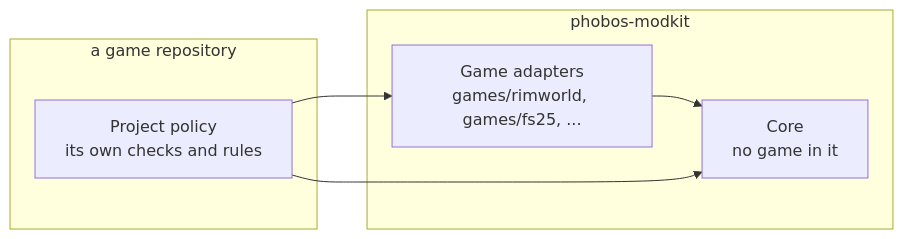
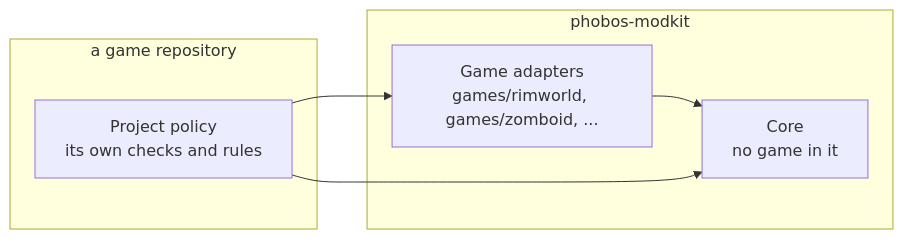
Before and after one commit to phobos-dthorga/phobos-modkit: the diagram in docs/project-direction.md, drawn with Mermaid. The commit also changed other lines of this file and 5 other files, not shown here.

````diff
--- a/docs/project-direction.md
+++ b/docs/project-direction.md
@@ -14,13 +14,13 @@
 ```mermaid
 flowchart LR
     subgraph modkit["phobos-modkit"]
         core["Core<br/>no game in it"]
-        adapters["Game adapters<br/>games/rimworld, games/fs25, ..."]
+        adapters["Game adapters<br/>games/rimworld, games/zomboid, ..."]
         adapters --> core
     end
     subgraph game["a game repository"]
         policy["Project policy<br/>its own checks and rules"]
     end
     policy --> adapters
     policy --> core
 ```
````
